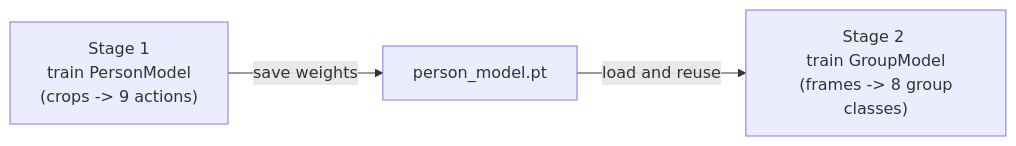
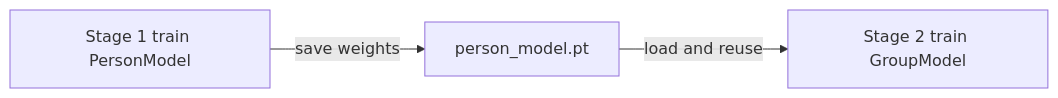
One commit to Abdo-Gamal/volleyball_project changed diagram 12 of 23 in README.md. Above: the diagram before and after it, drawn with Mermaid.

````diff
--- a/README.md
+++ b/README.md
@@ -542,5 +542,5 @@
 ```mermaid
-flowchart LR
-    S1["Stage 1 <br> train PersonModel <br> (crops -> 9 actions)"] -- "save weights" --> W["person_model.pt"]
-    W -- "load and reuse" --> S2["Stage 2 <br> train GroupModel <br> (frames -> 8 group classes)"]
+graph LR
+    S1[Stage 1 train PersonModel] -->|save weights| W[person_model.pt]
+    W -->|load and reuse| S2[Stage 2 train GroupModel]
 ```
````
